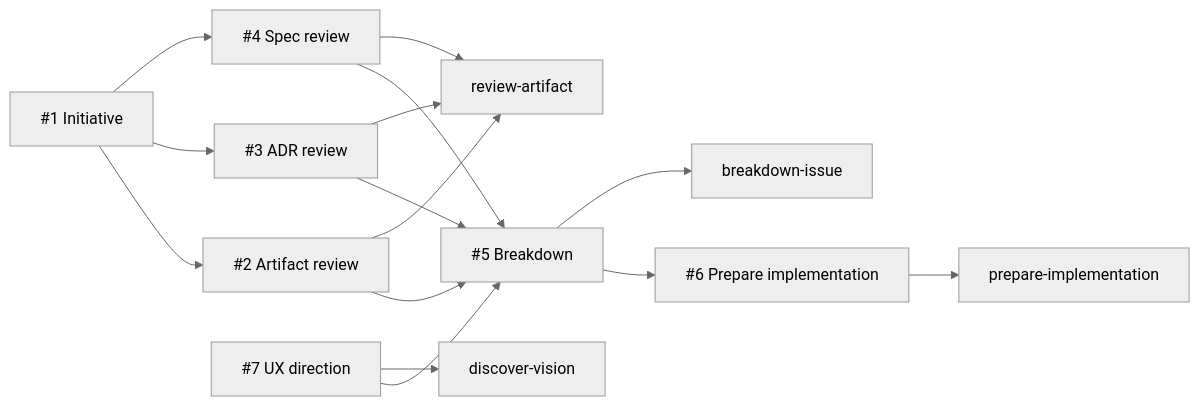
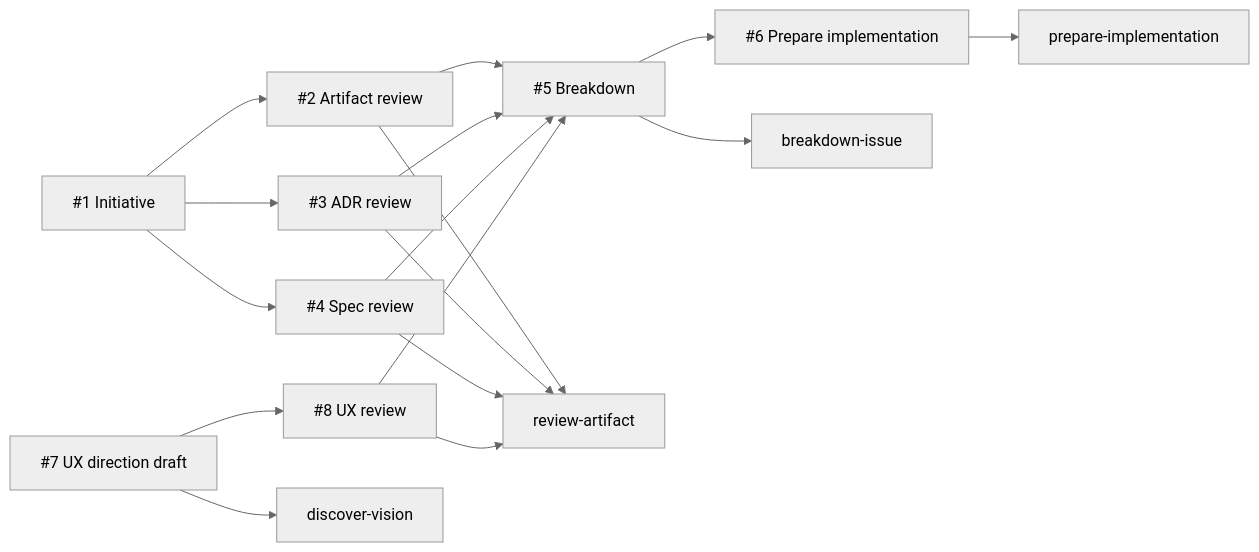
Before and after one commit to jbelanger/agent-workflow-kit: the second of 2 diagrams in docs/development/dogfood-runs/2026-06-22-investor-review-bootstrap/README.md, drawn with Mermaid (neutral theme). The commit also changed other lines of this file and 4 other files, not shown here.

````diff
--- a/docs/development/dogfood-runs/2026-06-22-investor-review-bootstrap/README.md
+++ b/docs/development/dogfood-runs/2026-06-22-investor-review-bootstrap/README.md
@@ -105,17 +106,19 @@
 ```mermaid
 flowchart LR
   I1["#1 Initiative"] --> I2["#2 Artifact review"]
   I1 --> I3["#3 ADR review"]
   I1 --> I4["#4 Spec review"]
   I2 --> I5["#5 Breakdown"]
   I3 --> I5
   I4 --> I5
-  I7["#7 UX direction"] --> I5
+  I7["#7 UX direction draft"] --> I8["#8 UX review"]
+  I8 --> I5
   I5 --> I6["#6 Prepare implementation"]
   I2 --> R["review-artifact"]
   I3 --> R
   I4 --> R
   I7 --> D["discover-vision"]
+  I8 --> R
   I5 --> B["breakdown-issue"]
   I6 --> P["prepare-implementation"]
 ```
````
